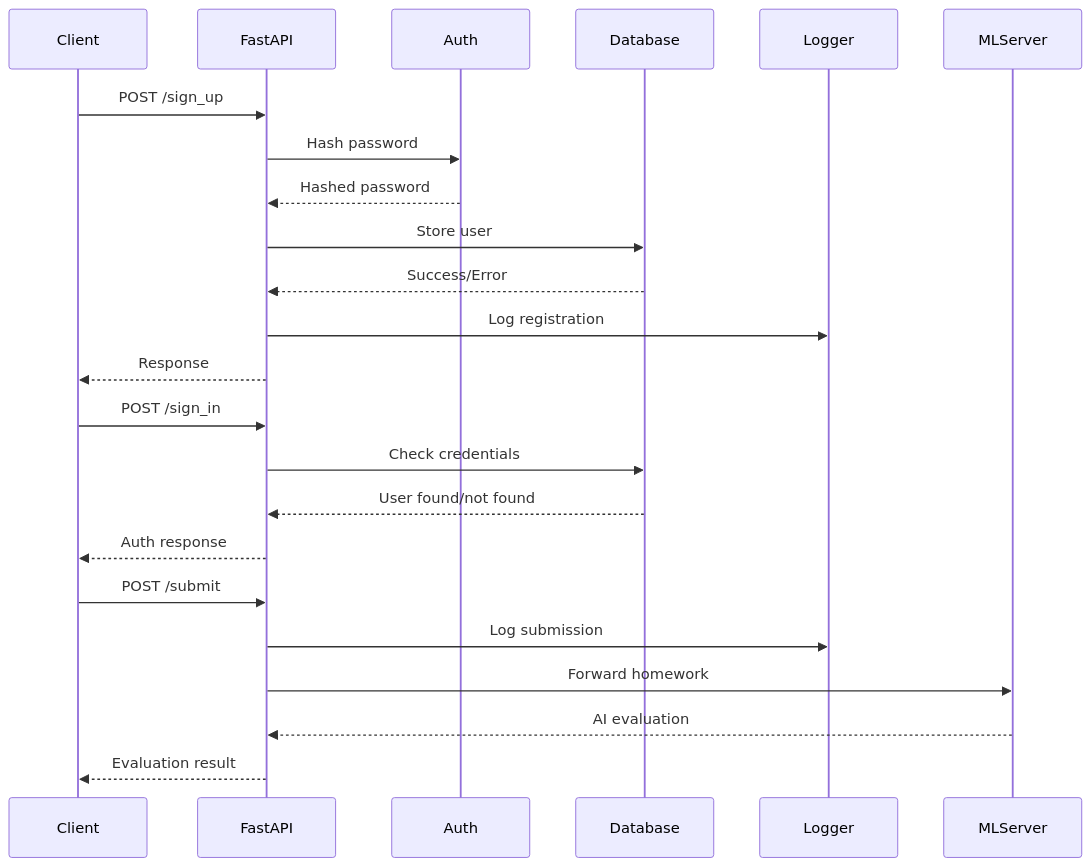
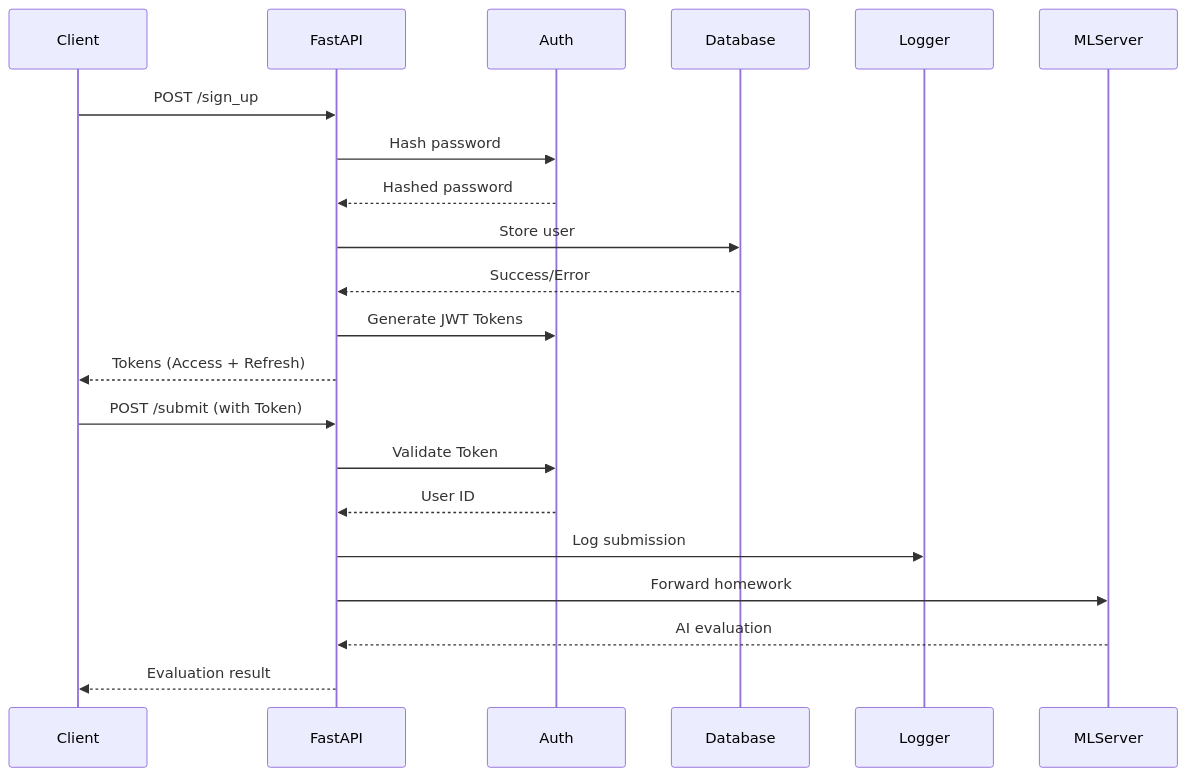
One commit to HSE-SE-AI-HW-Checker/Backend changed the second of 2 diagrams in ARCHITECTURE.md. Above: the diagram before and after it, drawn with Mermaid. The commit also changed other lines of this file and 4 other files, not shown here.

````diff
--- a/ARCHITECTURE.md
+++ b/ARCHITECTURE.md
@@ -98,28 +47,25 @@
 ```mermaid
 sequenceDiagram
     participant Client
     participant FastAPI
     participant Auth
     participant Database
     participant Logger
     participant MLServer
     
     Client->>FastAPI: POST /sign_up
     FastAPI->>Auth: Hash password
     Auth-->>FastAPI: Hashed password
     FastAPI->>Database: Store user
     Database-->>FastAPI: Success/Error
-    FastAPI->>Logger: Log registration
-    FastAPI-->>Client: Response
+    FastAPI->>Auth: Generate JWT Tokens
+    FastAPI-->>Client: Tokens (Access + Refresh)
     
-    Client->>FastAPI: POST /sign_in
-    FastAPI->>Database: Check credentials
-    Database-->>FastAPI: User found/not found
-    FastAPI-->>Client: Auth response
-    
-    Client->>FastAPI: POST /submit
+    Client->>FastAPI: POST /submit (with Token)
+    FastAPI->>Auth: Validate Token
+    Auth-->>FastAPI: User ID
     FastAPI->>Logger: Log submission
     FastAPI->>MLServer: Forward homework
     MLServer-->>FastAPI: AI evaluation
     FastAPI-->>Client: Evaluation result
 ```
````
